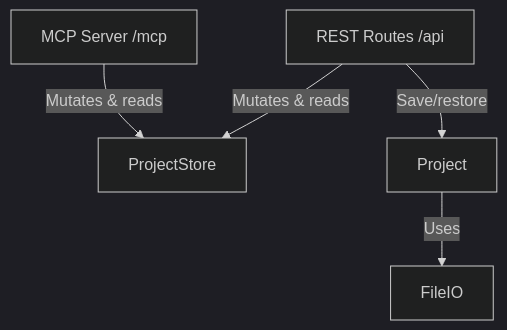
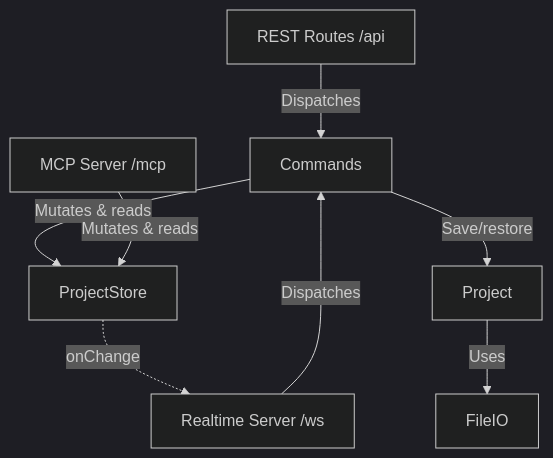
The diagram in docs/architecture/backend.md (tantinlala/blossom-mcp), drawn with Mermaid (dark theme) before and after one commit. The commit also changed other lines of this file and 50 other files, not shown here.

````diff
--- a/docs/architecture/backend.md
+++ b/docs/architecture/backend.md
@@ -3,7 +3,10 @@
 ```mermaid
 graph TD
-    ApiRoutes[REST Routes /api] -->|Mutates & reads| ProjectStore
+    ApiRoutes[REST Routes /api] -->|Dispatches| Commands
+    Realtime[Realtime Server /ws] -->|Dispatches| Commands
+    Commands -->|Mutates & reads| ProjectStore
     McpServer[MCP Server /mcp] -->|Mutates & reads| ProjectStore
-    ApiRoutes -->|Save/restore| Project
+    ProjectStore -.->|onChange| Realtime
+    Commands -->|Save/restore| Project
     Project -->|Uses| FileIO
 ```
````
